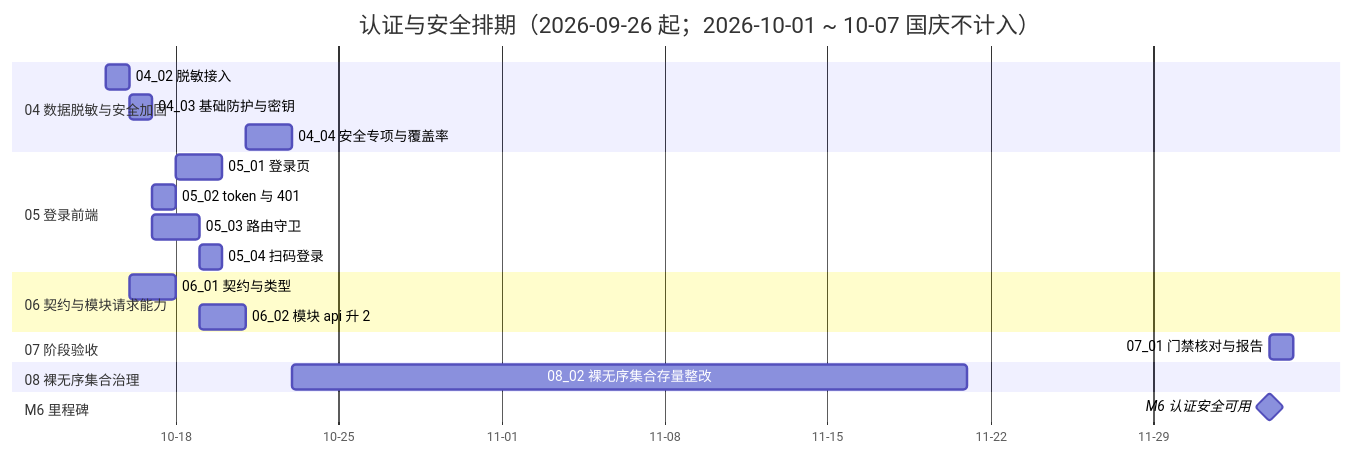
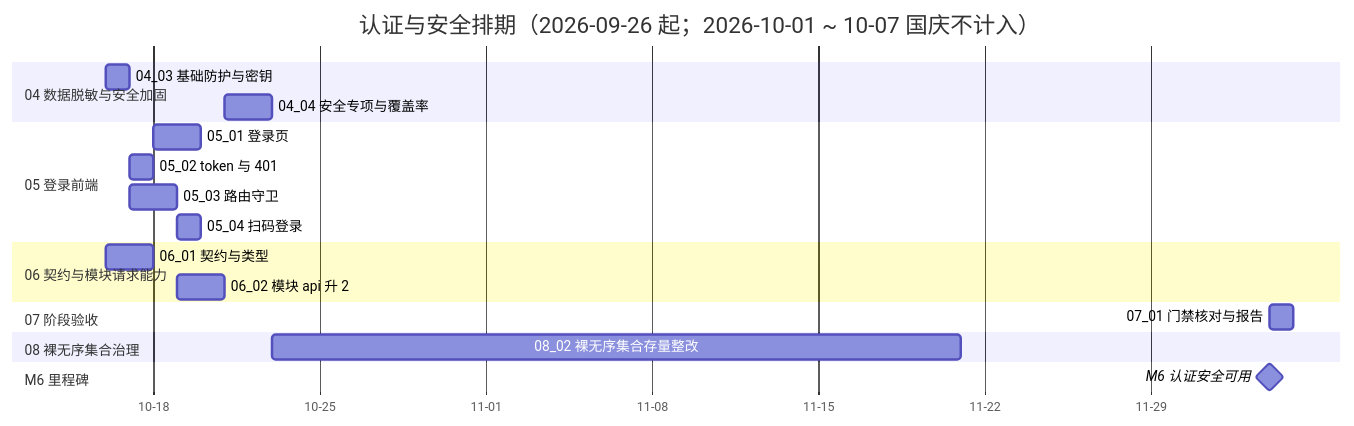
One commit to minjian123/basic-management-system changed the diagram in bms文档/项目/06_认证与安全/计划/01_计划_认证与安全.md. Above: the diagram before and after it, drawn with Mermaid. The commit also changed other lines of this file and 3 other files, not shown here.

````diff
--- a/bms文档/项目/06_认证与安全/计划/01_计划_认证与安全.md
+++ b/bms文档/项目/06_认证与安全/计划/01_计划_认证与安全.md
@@ -75,24 +75,23 @@
 ```mermaid
 gantt
     title 认证与安全排期（2026-09-26 起；2026-10-01 ~ 10-07 国庆不计入）
     dateFormat  YYYY-MM-DD
     axisFormat %m-%d
     section 04 数据脱敏与安全加固
-    04_02 脱敏接入 :d2, 2026-10-15, 1d
     04_03 基础防护与密钥 :d3, 2026-10-16, 1d
     04_04 安全专项与覆盖率 :d4, 2026-10-21, 2d
     section 05 登录前端
     05_01 登录页 :e1, 2026-10-18, 2d
     05_02 token 与 401 :e2, 2026-10-17, 1d
     05_03 路由守卫 :e3, 2026-10-17, 2d
     05_04 扫码登录 :e4, 2026-10-19, 1d
     section 06 契约与模块请求能力
     06_01 契约与类型 :f1, 2026-10-16, 2d
     06_02 模块 api 升 2 :f2, 2026-10-19, 2d
     section 07 阶段验收
     07_01 门禁核对与报告 :g1, 2026-12-04, 1d
     section 08 裸无序集合治理
     08_02 裸无序集合存量整改 :h1, 2026-10-23, 29d
     section M6 里程碑
     M6 认证安全可用 :milestone, mm6, 2026-12-04, 0d
 ```
````
